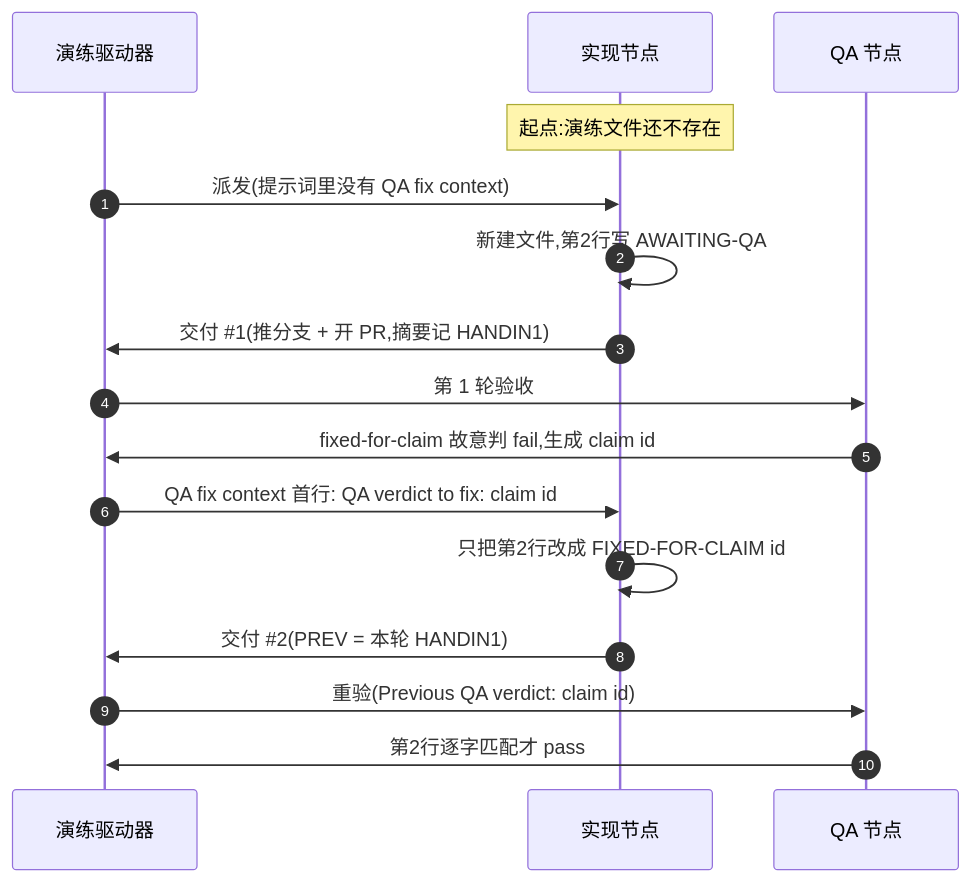
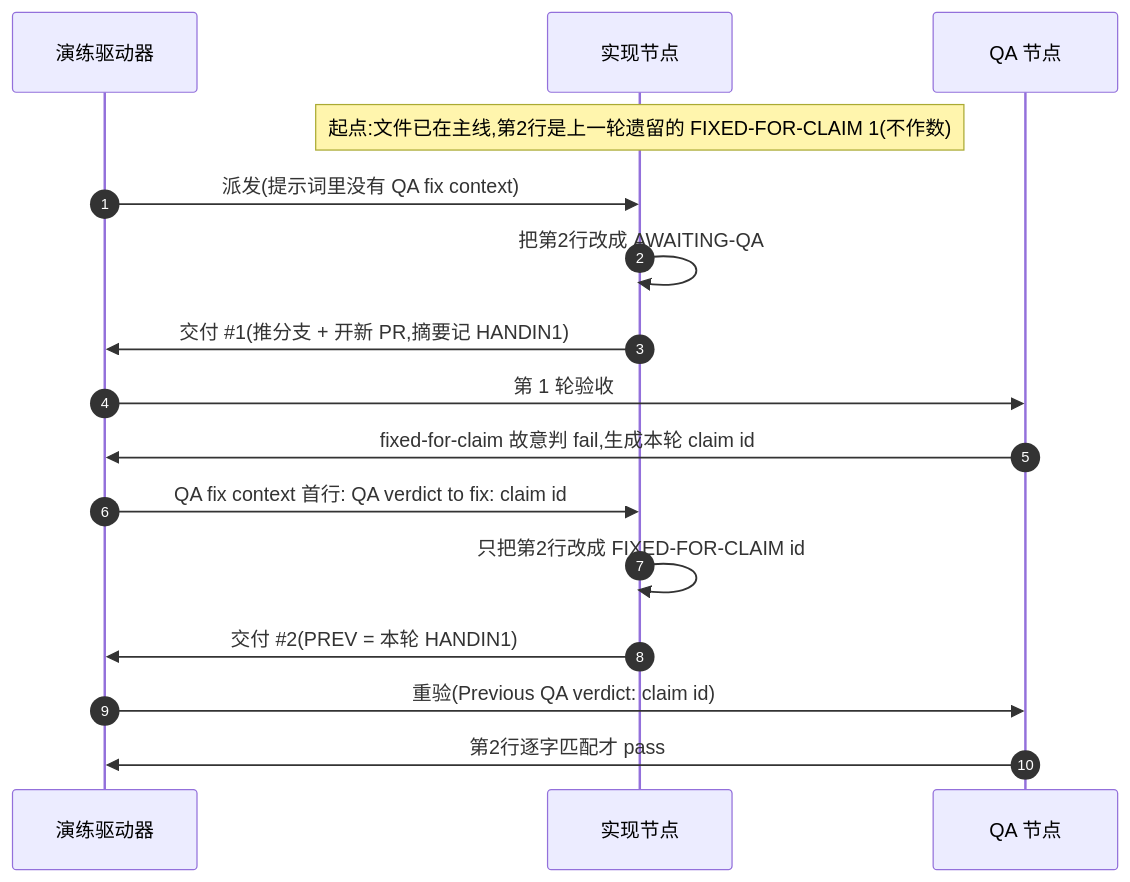
One commit to xrliAnnie/flywheel-qa-sandbox changed the diagram in engineering/doc/FLY-3228-real-runner-drill/d1-core-flow.mmd. Above: the diagram before and after it, drawn with Mermaid. The commit also changed 4 other files, not shown here.

```diff
--- a/engineering/doc/FLY-3228-real-runner-drill/d1-core-flow.mmd
+++ b/engineering/doc/FLY-3228-real-runner-drill/d1-core-flow.mmd
@@ -1,16 +1,16 @@
 sequenceDiagram
     autonumber
     participant D as 演练驱动器
     participant I as 实现节点
     participant Q as QA 节点
-    Note over I: 起点:演练文件还不存在
+    Note over I: 起点:文件已在主线,第2行是上一轮遗留的 FIXED-FOR-CLAIM 1(不作数)
     D->>I: 派发(提示词里没有 QA fix context)
-    I->>I: 新建文件,第2行写 AWAITING-QA
-    I->>D: 交付 #35;1(推分支 + 开 PR,摘要记 HANDIN1)
+    I->>I: 把第2行改成 AWAITING-QA
+    I->>D: 交付 #35;1(推分支 + 开新 PR,摘要记 HANDIN1)
     D->>Q: 第 1 轮验收
-    Q->>D: fixed-for-claim 故意判 fail,生成 claim id
+    Q->>D: fixed-for-claim 故意判 fail,生成本轮 claim id
     D->>I: QA fix context 首行: QA verdict to fix: claim id
     I->>I: 只把第2行改成 FIXED-FOR-CLAIM id
     I->>D: 交付 #35;2(PREV = 本轮 HANDIN1)
     D->>Q: 重验(Previous QA verdict: claim id)
     Q->>D: 第2行逐字匹配才 pass
```
